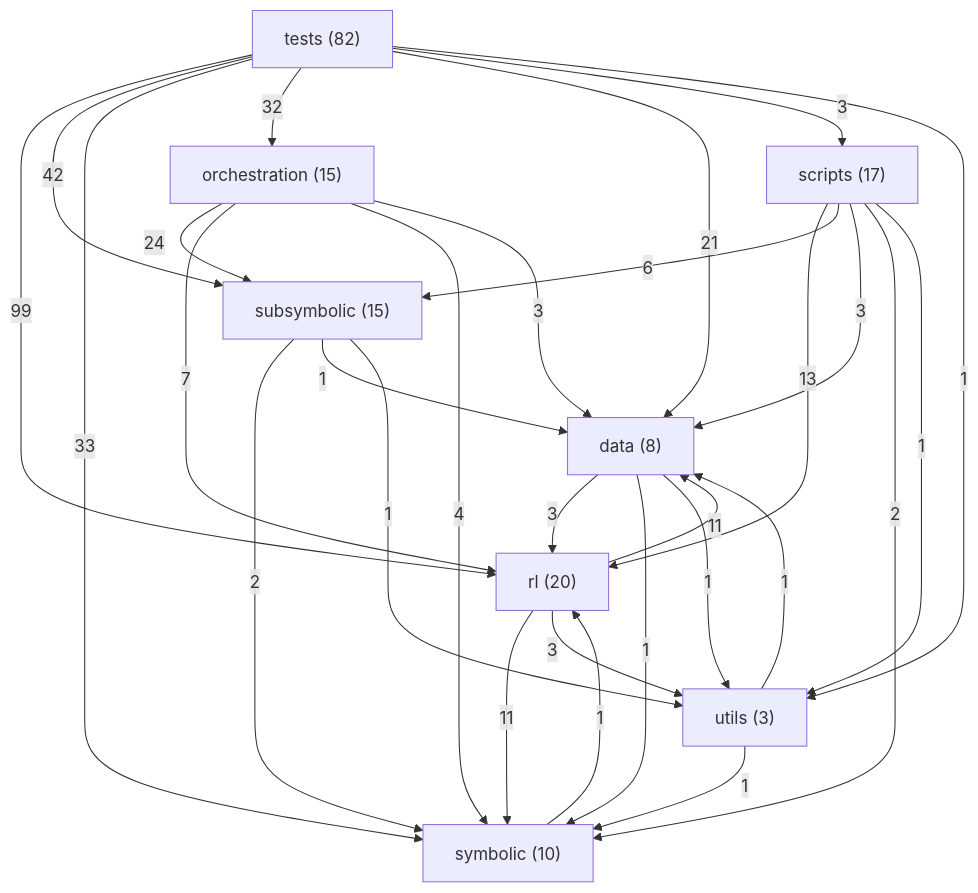
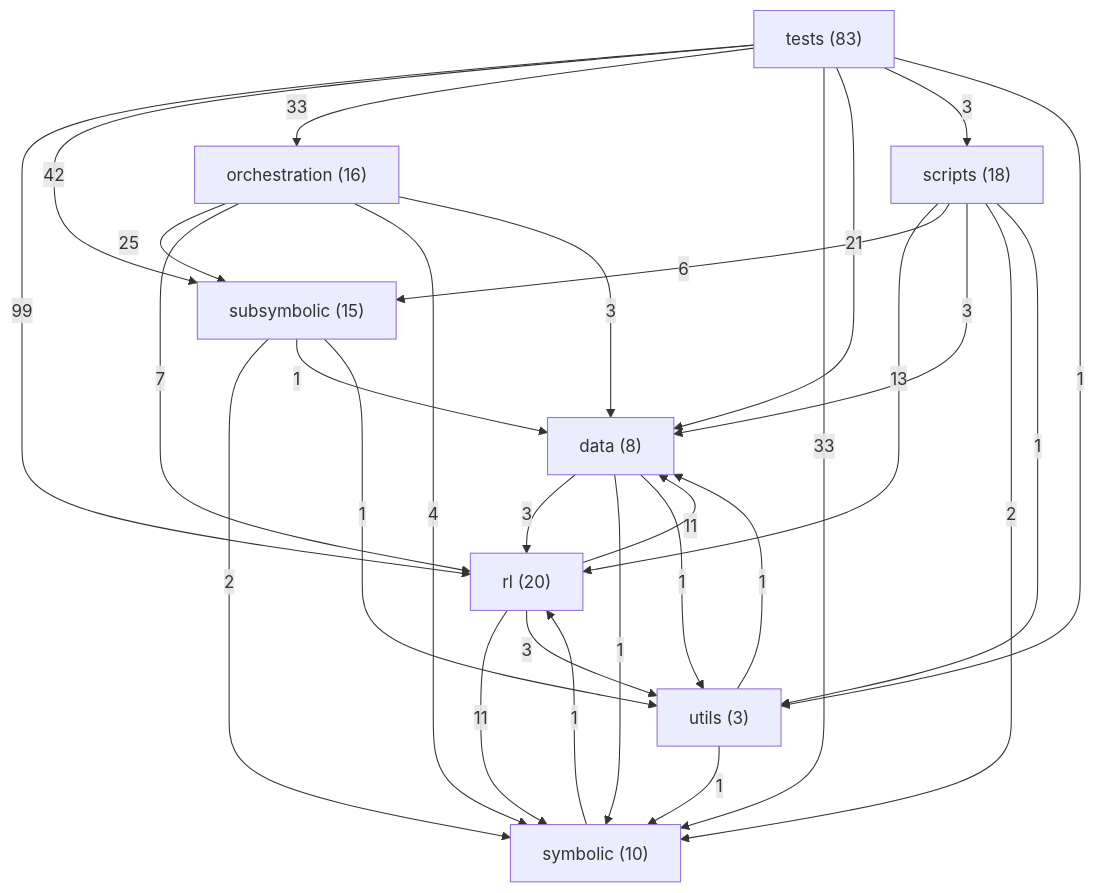
The diagram in ARCHITECTURE.md (danrd/ARC-AGI), drawn with Mermaid before and after one commit. The commit also changed other lines of this file and 7 other files, not shown here.

````diff
--- a/ARCHITECTURE.md
+++ b/ARCHITECTURE.md
@@ -211,39 +211,39 @@
 ```mermaid
 graph TD
   data["data (8)"]
-  orchestration["orchestration (15)"]
+  orchestration["orchestration (16)"]
   rl["rl (20)"]
-  scripts["scripts (17)"]
+  scripts["scripts (18)"]
   subsymbolic["subsymbolic (15)"]
   symbolic["symbolic (10)"]
-  tests["tests (82)"]
+  tests["tests (83)"]
   utils["utils (3)"]
   tests -->|99| rl
   tests -->|42| subsymbolic
+  tests -->|33| orchestration
   tests -->|33| symbolic
-  tests -->|32| orchestration
-  orchestration -->|24| subsymbolic
+  orchestration -->|25| subsymbolic
   tests -->|21| data
   scripts -->|13| rl
   rl -->|11| data
   rl -->|11| symbolic
   orchestration -->|7| rl
   scripts -->|6| subsymbolic
   orchestration -->|4| symbolic
   data -->|3| rl
   orchestration -->|3| data
   rl -->|3| utils
   scripts -->|3| data
   tests -->|3| scripts
   scripts -->|2| symbolic
   subsymbolic -->|2| symbolic
   data -->|1| symbolic
   data -->|1| utils
   scripts -->|1| utils
   subsymbolic -->|1| data
   subsymbolic -->|1| utils
   symbolic -->|1| rl
   tests -->|1| utils
   utils -->|1| data
   utils -->|1| symbolic
 ```
````
